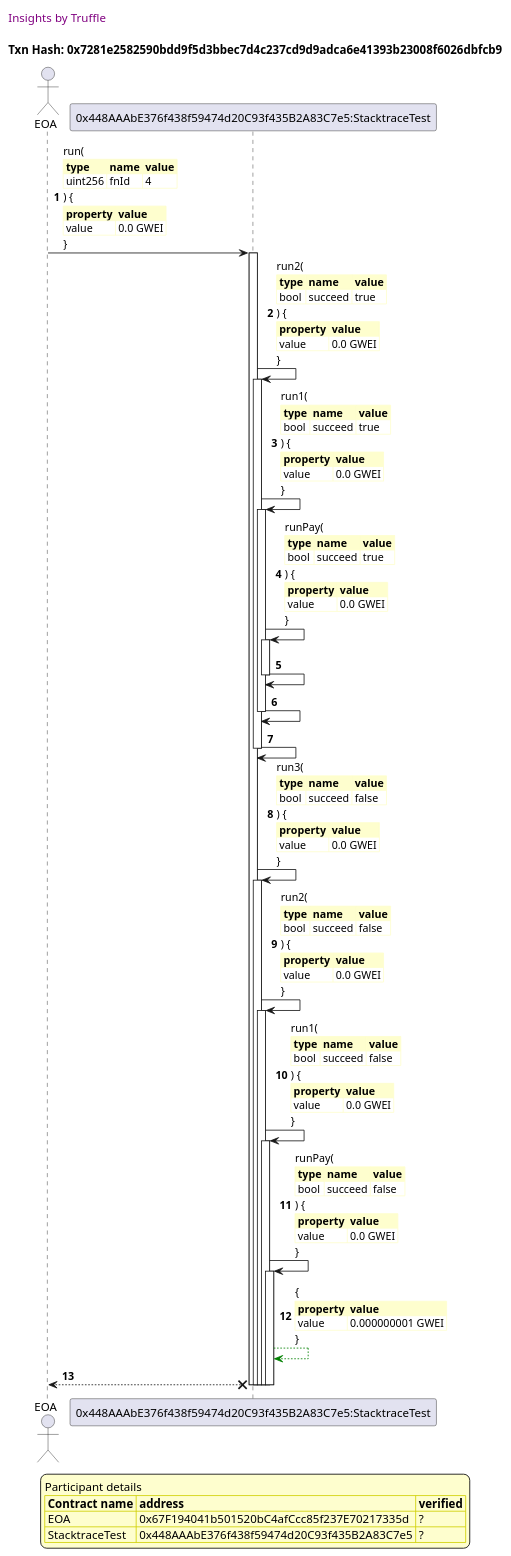
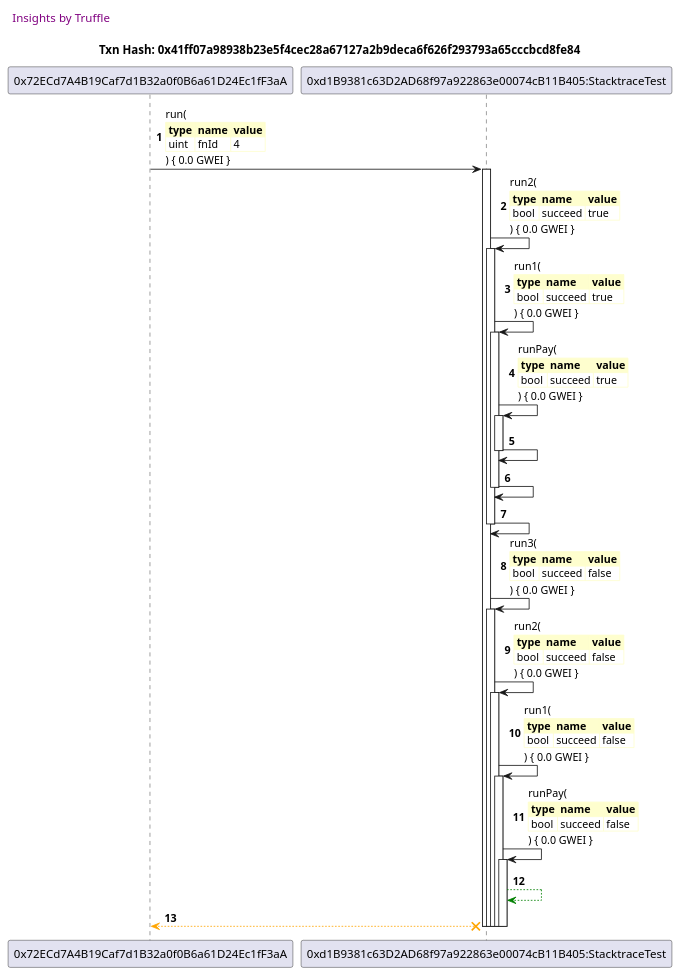
Before and after one commit to trufflesuite/txlog-seedlings: the eighth of 14 diagrams in truffle-seq/stacktrace.test.md, drawn with PlantUML. The commit also changed other lines of this file and 3 other files, not shown here.

````diff
--- a/truffle-seq/stacktrace.test.md
+++ b/truffle-seq/stacktrace.test.md
@@ -529,104 +343,51 @@
 
 header Insights by Truffle
 
-title Txn Hash: 0x7281e2582590bdd9f5d3bbec7d4c237cd9d9adca6e41393b23008f6026dbfcb9
+title Txn Hash: 0x41ff07a98938b23e5f4cec28a67127a2b9deca6f626f293793a65cccbcd8fe84
 
 
-actor EOA as "EOA"
-
-participant StacktraceTest as "0x448AAAbE376f438f59474d20C93f435B2A83C7e5:StacktraceTest"
-
-"EOA" -> "StacktraceTest" ++: run(\n\
+"0x72ECd7A4B19Caf7d1B32a0f0B6a61D24Ec1fF3aA" -> "0xd1B9381c63D2AD68f97a922863e00074cB11B405:StacktraceTest" ++: run(\n\
 <#FEFECE,#FEFECE>|= type |= name |= value |\n\
-| uint256 | fnId | 4 |\n\
-) {\n\
-<#FEFECE,#FEFECE>|= property |= value|\n\
-| value | 0.0 GWEI |\n\
-}
-
-"StacktraceTest" -> "StacktraceTest" ++: run2(\n\
+| uint | fnId | 4 |\n\
+) { 0.0 GWEI }
+"0xd1B9381c63D2AD68f97a922863e00074cB11B405:StacktraceTest" -> "0xd1B9381c63D2AD68f97a922863e00074cB11B405:StacktraceTest" ++: run2(\n\
 <#FEFECE,#FEFECE>|= type |= name |= value |\n\
 | bool | succeed | true |\n\
-) {\n\
-<#FEFECE,#FEFECE>|= property |= value|\n\
-| value | 0.0 GWEI |\n\
-}
-
-"StacktraceTest" -> "StacktraceTest" ++: run1(\n\
+) { 0.0 GWEI }
+"0xd1B9381c63D2AD68f97a922863e00074cB11B405:StacktraceTest" -> "0xd1B9381c63D2AD68f97a922863e00074cB11B405:StacktraceTest" ++: run1(\n\
 <#FEFECE,#FEFECE>|= type |= name |= value |\n\
 | bool | succeed | true |\n\
-) {\n\
-<#FEFECE,#FEFECE>|= property |= value|\n\
-| value | 0.0 GWEI |\n\
-}
-
-"StacktraceTest" -> "StacktraceTest" ++: runPay(\n\
+) { 0.0 GWEI }
+"0xd1B9381c63D2AD68f97a922863e00074cB11B405:StacktraceTest" -> "0xd1B9381c63D2AD68f97a922863e00074cB11B405:StacktraceTest" ++: runPay(\n\
 <#FEFECE,#FEFECE>|= type |= name |= value |\n\
 | bool | succeed | true |\n\
-) {\n\
-<#FEFECE,#FEFECE>|= property |= value|\n\
-| value | 0.0 GWEI |\n\
-}
-
-"StacktraceTest" -> "StacktraceTest" --: 
-
-"StacktraceTest" -> "StacktraceTest" --: 
-
-"StacktraceTest" -> "StacktraceTest" --: 
-
-"StacktraceTest" -> "StacktraceTest" ++: run3(\n\
+) { 0.0 GWEI }
+"0xd1B9381c63D2AD68f97a922863e00074cB11B405:StacktraceTest" -> "0xd1B9381c63D2AD68f97a922863e00074cB11B405:StacktraceTest" --: 
+"0xd1B9381c63D2AD68f97a922863e00074cB11B405:StacktraceTest" -> "0xd1B9381c63D2AD68f97a922863e00074cB11B405:StacktraceTest" --: 
+"0xd1B9381c63D2AD68f97a922863e00074cB11B405:StacktraceTest" -> "0xd1B9381c63D2AD68f97a922863e00074cB11B405:StacktraceTest" --: 
+"0xd1B9381c63D2AD68f97a922863e00074cB11B405:StacktraceTest" -> "0xd1B9381c63D2AD68f97a922863e00074cB11B405:StacktraceTest" ++: run3(\n\
 <#FEFECE,#FEFECE>|= type |= name |= value |\n\
 | bool | succeed | false |\n\
-) {\n\
-<#FEFECE,#FEFECE>|= property |= value|\n\
-| value | 0.0 GWEI |\n\
-}
-
-"StacktraceTest" -> "StacktraceTest" ++: run2(\n\
+) { 0.0 GWEI }
+"0xd1B9381c63D2AD68f97a922863e00074cB11B405:StacktraceTest" -> "0xd1B9381c63D2AD68f97a922863e00074cB11B405:StacktraceTest" ++: run2(\n\
 <#FEFECE,#FEFECE>|= type |= name |= value |\n\
 | bool | succeed | false |\n\
-) {\n\
-<#FEFECE,#FEFECE>|= property |= value|\n\
-| value | 0.0 GWEI |\n\
-}
-
-"StacktraceTest" -> "StacktraceTest" ++: run1(\n\
+) { 0.0 GWEI }
+"0xd1B9381c63D2AD68f97a922863e00074cB11B405:StacktraceTest" -> "0xd1B9381c63D2AD68f97a922863e00074cB11B405:StacktraceTest" ++: run1(\n\
 <#FEFECE,#FEFECE>|= type |= name |= value |\n\
 | bool | succeed | false |\n\
-) {\n\
-<#FEFECE,#FEFECE>|= property |= value|\n\
-| value | 0.0 GWEI |\n\
-}
-
-"StacktraceTest" -> "StacktraceTest" ++: runPay(\n\
+) { 0.0 GWEI }
+"0xd1B9381c63D2AD68f97a922863e00074cB11B405:StacktraceTest" -> "0xd1B9381c63D2AD68f97a922863e00074cB11B405:StacktraceTest" ++: runPay(\n\
 <#FEFECE,#FEFECE>|= type |= name |= value |\n\
 | bool | succeed | false |\n\
-) {\n\
-<#FEFECE,#FEFECE>|= property |= value|\n\
-| value | 0.0 GWEI |\n\
-}
-
-"StacktraceTest" -[#green]-> "StacktraceTest" : {\n\
-<#FEFECE,#FEFECE>|= property |= value|\n\
-| value | 0.000000001 GWEI |\n\
-}
-
-"StacktraceTest" x--> "EOA" : 
-
-deactivate "StacktraceTest"
-deactivate "StacktraceTest"
-deactivate "StacktraceTest"
-deactivate "StacktraceTest"
-deactivate "StacktraceTest"
-
-
-legend
-Participant details
-<#FEFECE,#D0D000>|= Contract name |= address |= verified |
-<#FEFECE>| EOA | 0x67F194041b501520bC4afCcc85f237E70217335d | ? |
-<#FEFECE>| StacktraceTest | 0x448AAAbE376f438f59474d20C93f435B2A83C7e5 | ? |
-endlegend
-
+) { 0.0 GWEI }
+"0xd1B9381c63D2AD68f97a922863e00074cB11B405:StacktraceTest" -[#green]-> "0xd1B9381c63D2AD68f97a922863e00074cB11B405:StacktraceTest" : 
+"0xd1B9381c63D2AD68f97a922863e00074cB11B405:StacktraceTest" x-[#orange]-> "0x72ECd7A4B19Caf7d1B32a0f0B6a61D24Ec1fF3aA" --: 
+deactivate "0xd1B9381c63D2AD68f97a922863e00074cB11B405:StacktraceTest"
+deactivate "0xd1B9381c63D2AD68f97a922863e00074cB11B405:StacktraceTest"
+deactivate "0xd1B9381c63D2AD68f97a922863e00074cB11B405:StacktraceTest"
+deactivate "0xd1B9381c63D2AD68f97a922863e00074cB11B405:StacktraceTest"
+deactivate "0xd1B9381c63D2AD68f97a922863e00074cB11B405:StacktraceTest"
 
 @enduml
 ```
````
